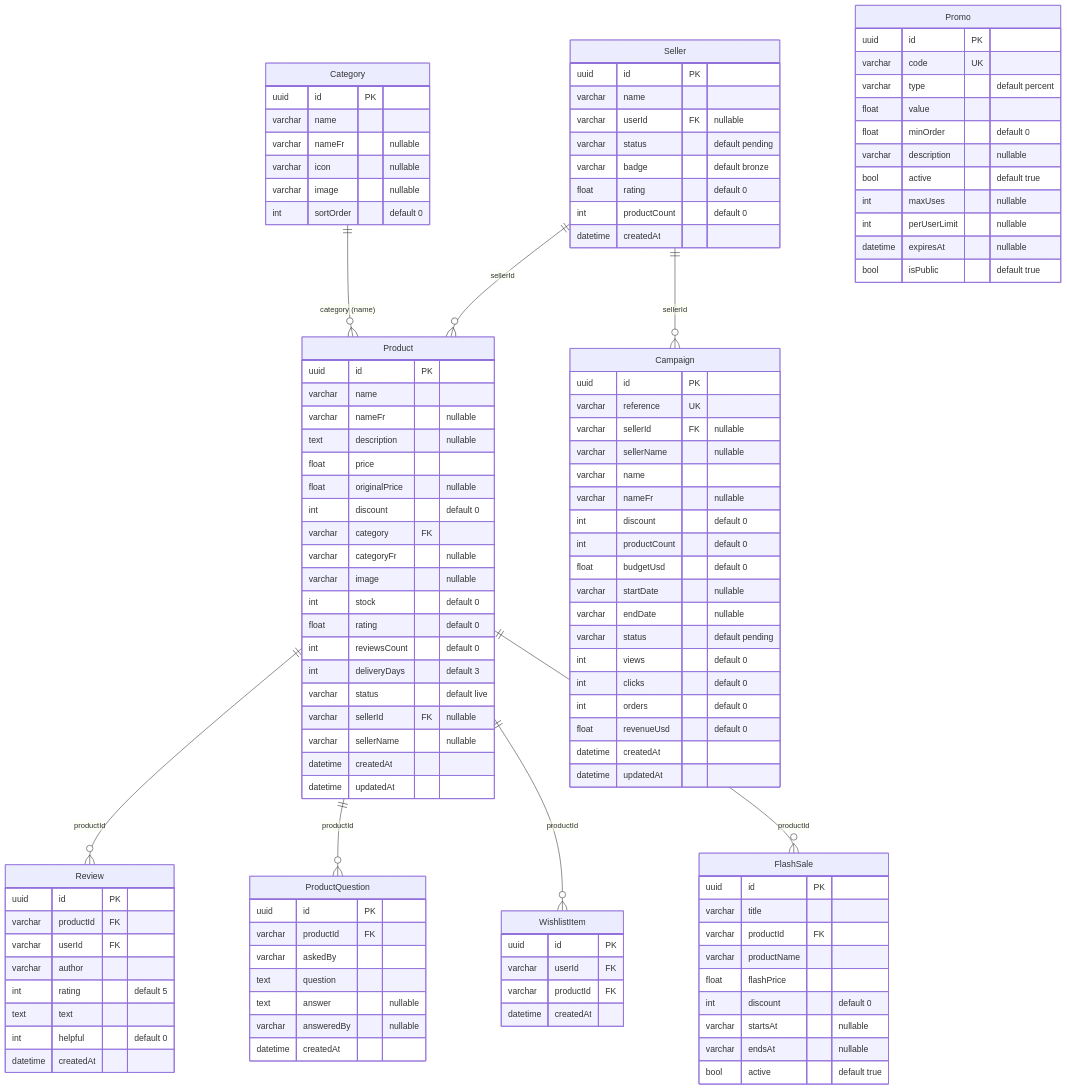
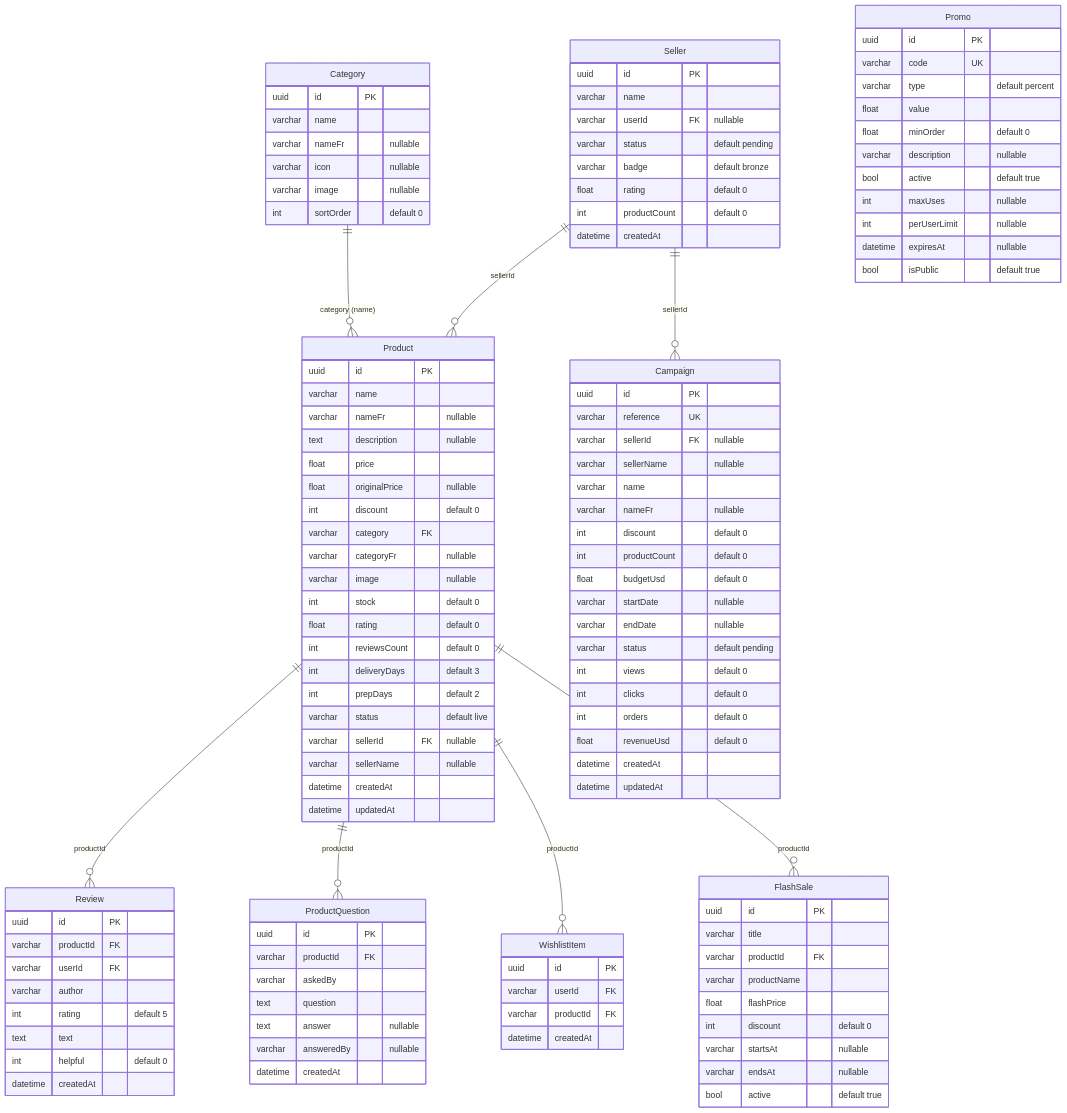
One commit to WaseemMirzaa/somba-apps changed the sixth of 20 diagrams in docs/ARCHITECTURE.md. Above: the diagram before and after it, drawn with Mermaid. The commit also changed other lines of this file and 40 other files, not shown here.

```diff
--- a/docs/ARCHITECTURE.md
+++ b/docs/ARCHITECTURE.md
@@ -493,6 +493,7 @@
         float rating  "default 0"
         int reviewsCount  "default 0"
         int deliveryDays  "default 3"
+        int prepDays  "default 2"
         varchar status  "default live"
         varchar sellerId FK "nullable"
         varchar sellerName  "nullable"
```
